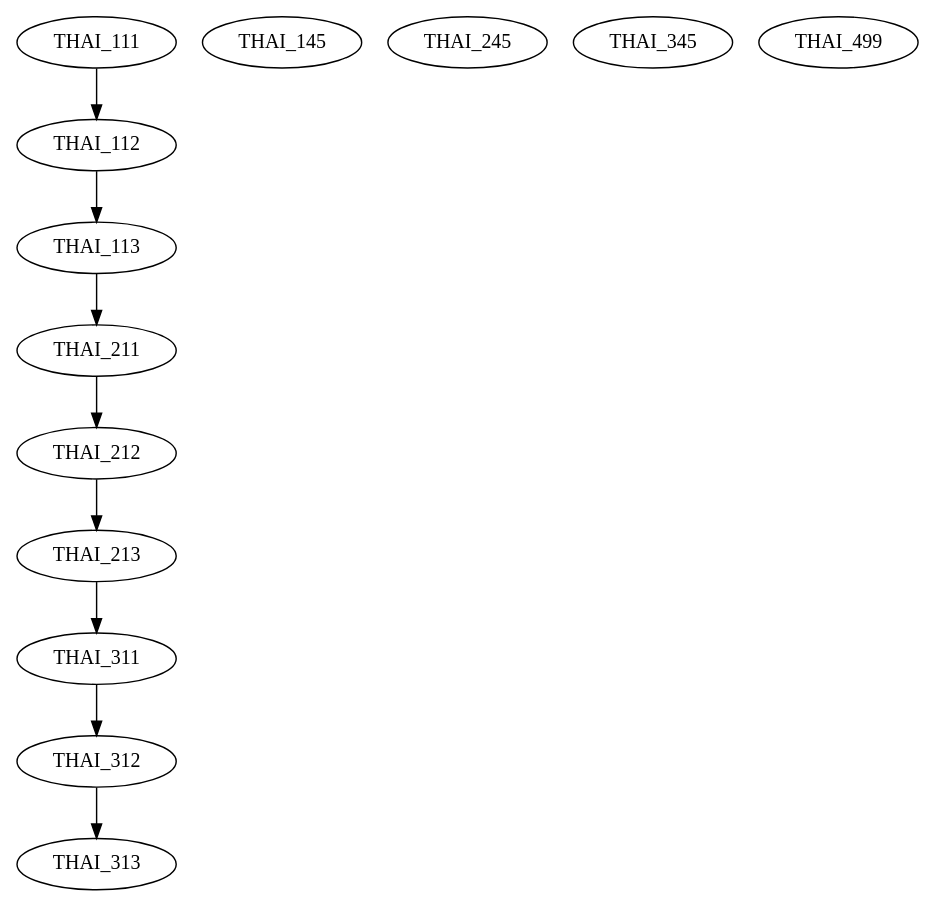
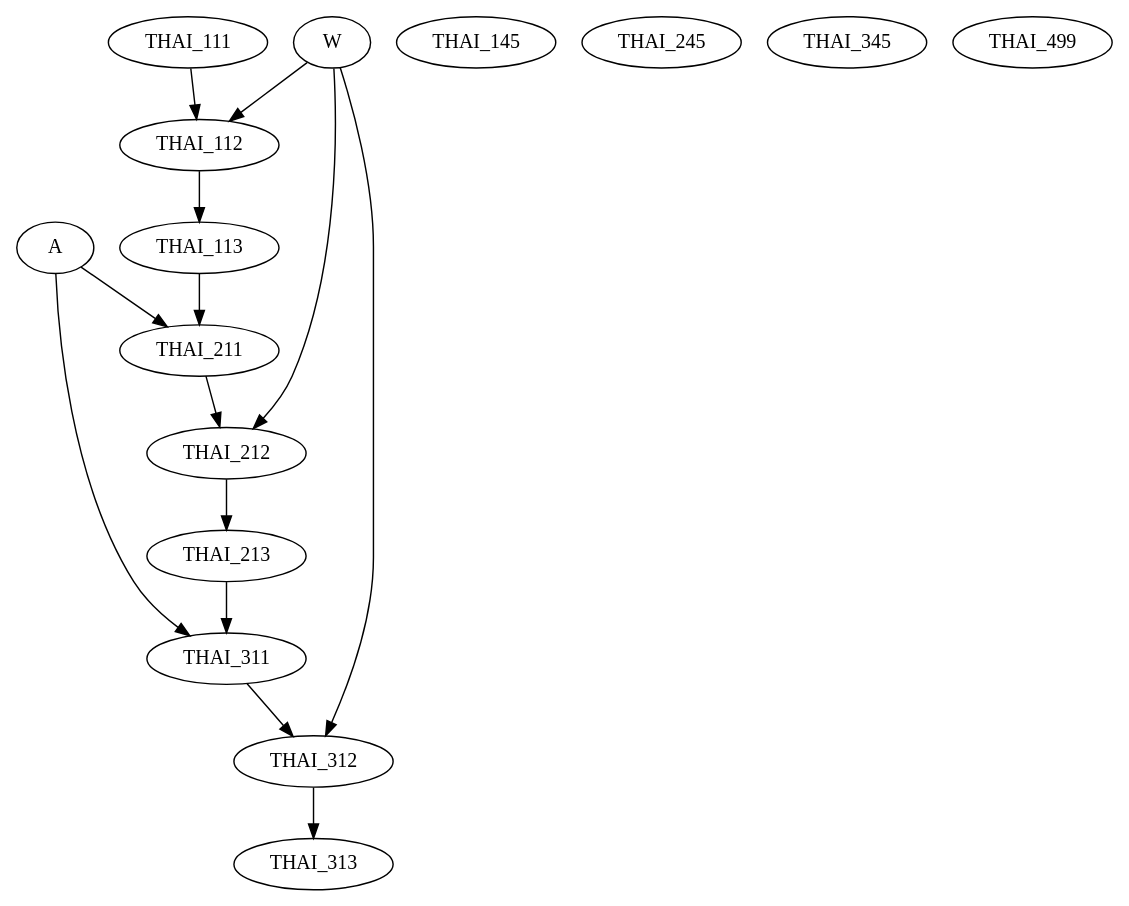
The diagram in graphviz/dot/thai.dot (TxmszLou/uw-crsdep), drawn with Graphviz before and after one commit. The commit also changed 634 other files, not shown here.

```diff
--- a/graphviz/dot/thai.dot
+++ b/graphviz/dot/thai.dot
@@ -1,23 +1,28 @@
 digraph G {
     THAI_111;
     edge [color=black];
     THAI_111 -> THAI_112;
+    W -> THAI_112;
     edge [color=black];
     THAI_112 -> THAI_113;
     THAI_145;
     edge [color=black];
     THAI_113 -> THAI_211;
+    A -> THAI_211;
     edge [color=black];
     THAI_211 -> THAI_212;
+    W -> THAI_212;
     edge [color=black];
     THAI_212 -> THAI_213;
     THAI_245;
     edge [color=black];
     THAI_213 -> THAI_311;
+    A -> THAI_311;
     edge [color=black];
     THAI_311 -> THAI_312;
+    W -> THAI_312;
     edge [color=black];
     THAI_312 -> THAI_313;
     THAI_345;
     THAI_499;
 }
```
